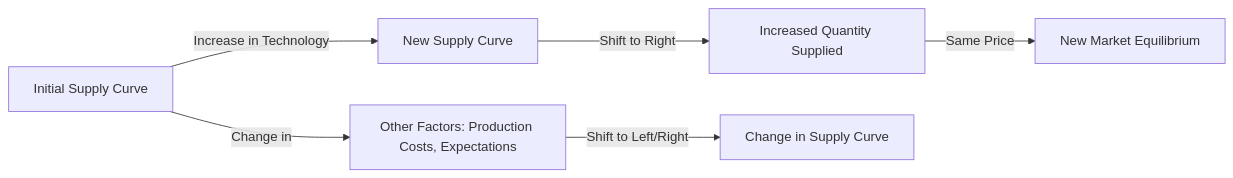
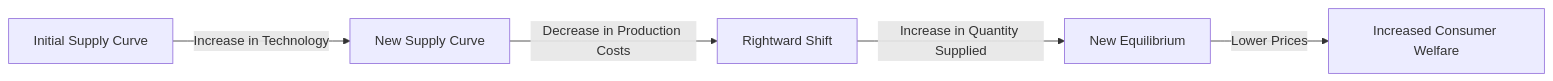
Before and after one commit to DagimAlemayehuu/Ater: the diagram in Obsidian_Vault/2-Academic/Winter 2026/Economics/2_Theory_Of_Demand_And_Supply/Shift_In_Supply_Curve.md, drawn with Mermaid. The commit also changed other lines of this file and 52 other files, not shown here.

````diff
--- a/Obsidian_Vault/2-Academic/Winter 2026/Economics/2_Theory_Of_Demand_And_Supply/Shift_In_Supply_Curve.md
+++ b/Obsidian_Vault/2-Academic/Winter 2026/Economics/2_Theory_Of_Demand_And_Supply/Shift_In_Supply_Curve.md
@@ -40,10 +40,9 @@
 ```mermaid
 
 graph LR
     A[Initial Supply Curve] -->|Increase in Technology| B[New Supply Curve]
-    B -->|Shift to Right| C[Increased Quantity Supplied]
-    C -->|Same Price| D[New Market Equilibrium]
-    A -->|Change in| E[Other Factors: Production Costs, Expectations]
-    E -->|Shift to Left/Right| F[Change in Supply Curve]
+    B -->|Decrease in Production Costs| C[Rightward Shift]
+    C -->|Increase in Quantity Supplied| D[New Equilibrium]
+    D -->|Lower Prices| E[Increased Consumer Welfare]
 
 ```
````
